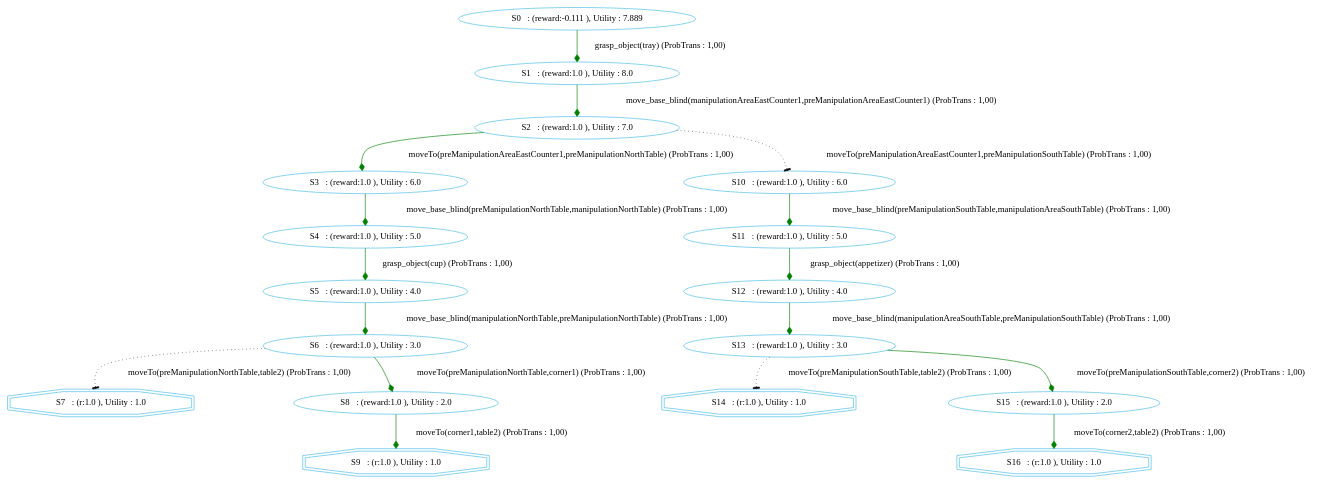
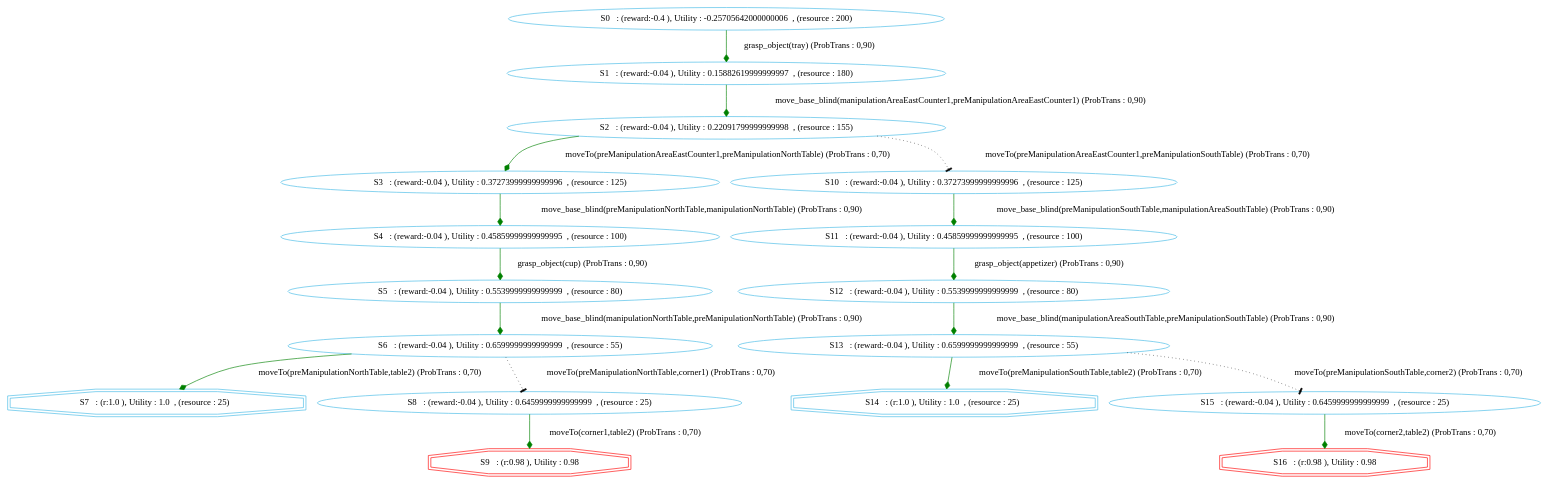
Before and after one commit to htiraHatem/CHIMP_MDP: the diagram in chimp/src/main/java/examples/MDP/RACE/test_m_drive_robot_1.dot, drawn with Graphviz. The commit also changed 4 other files, not shown here.

```diff
--- a/chimp/src/main/java/examples/MDP/RACE/test_m_drive_robot_1.dot
+++ b/chimp/src/main/java/examples/MDP/RACE/test_m_drive_robot_1.dot
@@ -1,37 +1,24 @@
 digraph {
   node [color="#40b9e5" ]
  size="60,17";
-"7" [label=" S7   : (r:1.0 ), Utility : 1.0 " shape=doubleoctagon];
-"9" [label=" S9   : (r:1.0 ), Utility : 1.0 " shape=doubleoctagon];
-"14" [label=" S14   : (r:1.0 ), Utility : 1.0 " shape=doubleoctagon];
-"16" [label=" S16   : (r:1.0 ), Utility : 1.0 " shape=doubleoctagon];
-"0" [label=" S0   : (reward:-0.111 ), Utility : 7.889 "];
-"1" [label=" S1   : (reward:1.0 ), Utility : 8.0 "];
-"2" [label=" S2   : (reward:1.0 ), Utility : 7.0 "];
-"3" [label=" S3   : (reward:1.0 ), Utility : 6.0 "];
-"4" [label=" S4   : (reward:1.0 ), Utility : 5.0 "];
-"5" [label=" S5   : (reward:1.0 ), Utility : 4.0 "];
-"6" [label=" S6   : (reward:1.0 ), Utility : 3.0 "];
-"8" [label=" S8   : (reward:1.0 ), Utility : 2.0 "];
-"10" [label=" S10   : (reward:1.0 ), Utility : 6.0 "];
-"11" [label=" S11   : (reward:1.0 ), Utility : 5.0 "];
-"12" [label=" S12   : (reward:1.0 ), Utility : 4.0 "];
-"13" [label=" S13   : (reward:1.0 ), Utility : 3.0 "];
-"15" [label=" S15   : (reward:1.0 ), Utility : 2.0 "];
-"0" -> "1" [ label="grasp_object(tray) (ProbTrans : 1,00)"
-, arrowhead = diamond , color=green];"1" -> "2" [ label="move_base_blind(manipulationAreaEastCounter1,preManipulationAreaEastCounter1) (ProbTrans : 1,00)"
-, arrowhead = diamond , color=green];"2" -> "3" [ label="moveTo(preManipulationAreaEastCounter1,preManipulationNorthTable) (ProbTrans : 1,00)"
-, arrowhead = diamond , color=green];"2" -> "10" [ label="moveTo(preManipulationAreaEastCounter1,preManipulationSouthTable) (ProbTrans : 1,00)"
-,style=dotted, arrowhead=tee];"3" -> "4" [ label="move_base_blind(preManipulationNorthTable,manipulationNorthTable) (ProbTrans : 1,00)"
-, arrowhead = diamond , color=green];"4" -> "5" [ label="grasp_object(cup) (ProbTrans : 1,00)"
-, arrowhead = diamond , color=green];"5" -> "6" [ label="move_base_blind(manipulationNorthTable,preManipulationNorthTable) (ProbTrans : 1,00)"
-, arrowhead = diamond , color=green];"6" -> "7" [ label="moveTo(preManipulationNorthTable,table2) (ProbTrans : 1,00)"
-,style=dotted, arrowhead=tee];"6" -> "8" [ label="moveTo(preManipulationNorthTable,corner1) (ProbTrans : 1,00)"
-, arrowhead = diamond , color=green];"8" -> "9" [ label="moveTo(corner1,table2) (ProbTrans : 1,00)"
-, arrowhead = diamond , color=green];"10" -> "11" [ label="move_base_blind(preManipulationSouthTable,manipulationAreaSouthTable) (ProbTrans : 1,00)"
-, arrowhead = diamond , color=green];"11" -> "12" [ label="grasp_object(appetizer) (ProbTrans : 1,00)"
-, arrowhead = diamond , color=green];"12" -> "13" [ label="move_base_blind(manipulationAreaSouthTable,preManipulationSouthTable) (ProbTrans : 1,00)"
-, arrowhead = diamond , color=green];"13" -> "14" [ label="moveTo(preManipulationSouthTable,table2) (ProbTrans : 1,00)"
-,style=dotted, arrowhead=tee];"13" -> "15" [ label="moveTo(preManipulationSouthTable,corner2) (ProbTrans : 1,00)"
-, arrowhead = diamond , color=green];"15" -> "16" [ label="moveTo(corner2,table2) (ProbTrans : 1,00)"
+"7" [label=" S7   : (r:1.0 ), Utility : 1.0  , (resource : 25)  " shape=doubleoctagon];
+"9" [label=" S9   : (r:0.98 ), Utility : 0.98 " color = red ,  shape=doubleoctagon]
+"14" [label=" S14   : (r:1.0 ), Utility : 1.0  , (resource : 25)  " shape=doubleoctagon];
+"16" [label=" S16   : (r:0.98 ), Utility : 0.98 " color = red ,  shape=doubleoctagon]
+"0" [label=" S0   : (reward:-0.4 ), Utility : -0.25705642000000006  , (resource : 200) "]"1" [label=" S1   : (reward:-0.04 ), Utility : 0.15882619999999997  , (resource : 180) "]"2" [label=" S2   : (reward:-0.04 ), Utility : 0.22091799999999998  , (resource : 155) "]"3" [label=" S3   : (reward:-0.04 ), Utility : 0.37273999999999996  , (resource : 125) "]"4" [label=" S4   : (reward:-0.04 ), Utility : 0.45859999999999995  , (resource : 100) "]"5" [label=" S5   : (reward:-0.04 ), Utility : 0.5539999999999999  , (resource : 80) "]"6" [label=" S6   : (reward:-0.04 ), Utility : 0.6599999999999999  , (resource : 55) "]"8" [label=" S8   : (reward:-0.04 ), Utility : 0.6459999999999999  , (resource : 25) "]"10" [label=" S10   : (reward:-0.04 ), Utility : 0.37273999999999996  , (resource : 125) "]"11" [label=" S11   : (reward:-0.04 ), Utility : 0.45859999999999995  , (resource : 100) "]"12" [label=" S12   : (reward:-0.04 ), Utility : 0.5539999999999999  , (resource : 80) "]"13" [label=" S13   : (reward:-0.04 ), Utility : 0.6599999999999999  , (resource : 55) "]"15" [label=" S15   : (reward:-0.04 ), Utility : 0.6459999999999999  , (resource : 25) "]"0" -> "1" [ label="grasp_object(tray) (ProbTrans : 0,90)"
+, arrowhead = diamond , color=green];"1" -> "2" [ label="move_base_blind(manipulationAreaEastCounter1,preManipulationAreaEastCounter1) (ProbTrans : 0,90)"
+, arrowhead = diamond , color=green];"2" -> "3" [ label="moveTo(preManipulationAreaEastCounter1,preManipulationNorthTable) (ProbTrans : 0,70)"
+, arrowhead = diamond , color=green];"2" -> "10" [ label="moveTo(preManipulationAreaEastCounter1,preManipulationSouthTable) (ProbTrans : 0,70)"
+,style=dotted, arrowhead=tee];"3" -> "4" [ label="move_base_blind(preManipulationNorthTable,manipulationNorthTable) (ProbTrans : 0,90)"
+, arrowhead = diamond , color=green];"4" -> "5" [ label="grasp_object(cup) (ProbTrans : 0,90)"
+, arrowhead = diamond , color=green];"5" -> "6" [ label="move_base_blind(manipulationNorthTable,preManipulationNorthTable) (ProbTrans : 0,90)"
+, arrowhead = diamond , color=green];"6" -> "7" [ label="moveTo(preManipulationNorthTable,table2) (ProbTrans : 0,70)"
+, arrowhead = diamond , color=green];"6" -> "8" [ label="moveTo(preManipulationNorthTable,corner1) (ProbTrans : 0,70)"
+,style=dotted, arrowhead=tee];"8" -> "9" [ label="moveTo(corner1,table2) (ProbTrans : 0,70)"
+, arrowhead = diamond , color=green];"10" -> "11" [ label="move_base_blind(preManipulationSouthTable,manipulationAreaSouthTable) (ProbTrans : 0,90)"
+, arrowhead = diamond , color=green];"11" -> "12" [ label="grasp_object(appetizer) (ProbTrans : 0,90)"
+, arrowhead = diamond , color=green];"12" -> "13" [ label="move_base_blind(manipulationAreaSouthTable,preManipulationSouthTable) (ProbTrans : 0,90)"
+, arrowhead = diamond , color=green];"13" -> "14" [ label="moveTo(preManipulationSouthTable,table2) (ProbTrans : 0,70)"
+, arrowhead = diamond , color=green];"13" -> "15" [ label="moveTo(preManipulationSouthTable,corner2) (ProbTrans : 0,70)"
+,style=dotted, arrowhead=tee];"15" -> "16" [ label="moveTo(corner2,table2) (ProbTrans : 0,70)"
 , arrowhead = diamond , color=green];}
```
